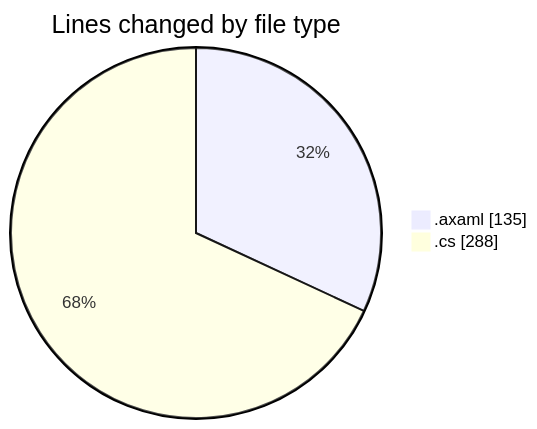
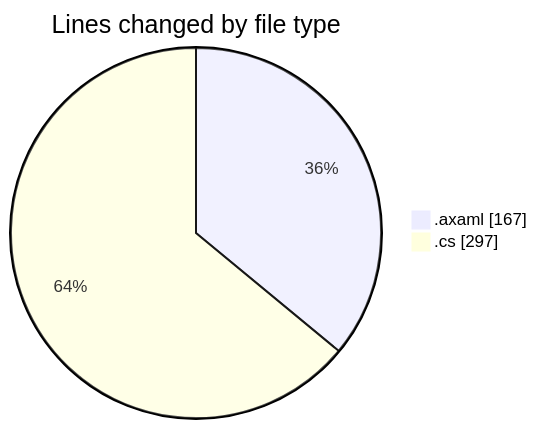
The first of 2 diagrams in 2025-10-30/skintrack/README.md (Netris89/code-tracking), drawn with Mermaid before and after one commit. The commit also changed other lines of this file and 1 other file, not shown here.

````diff
--- a/2025-10-30/skintrack/README.md
+++ b/2025-10-30/skintrack/README.md
@@ -26,6 +27,6 @@
 ```mermaid
 pie showData
 title Lines changed by file type
-".axaml" : 135
-".cs" : 288
+".axaml" : 167
+".cs" : 297
 ```
````
